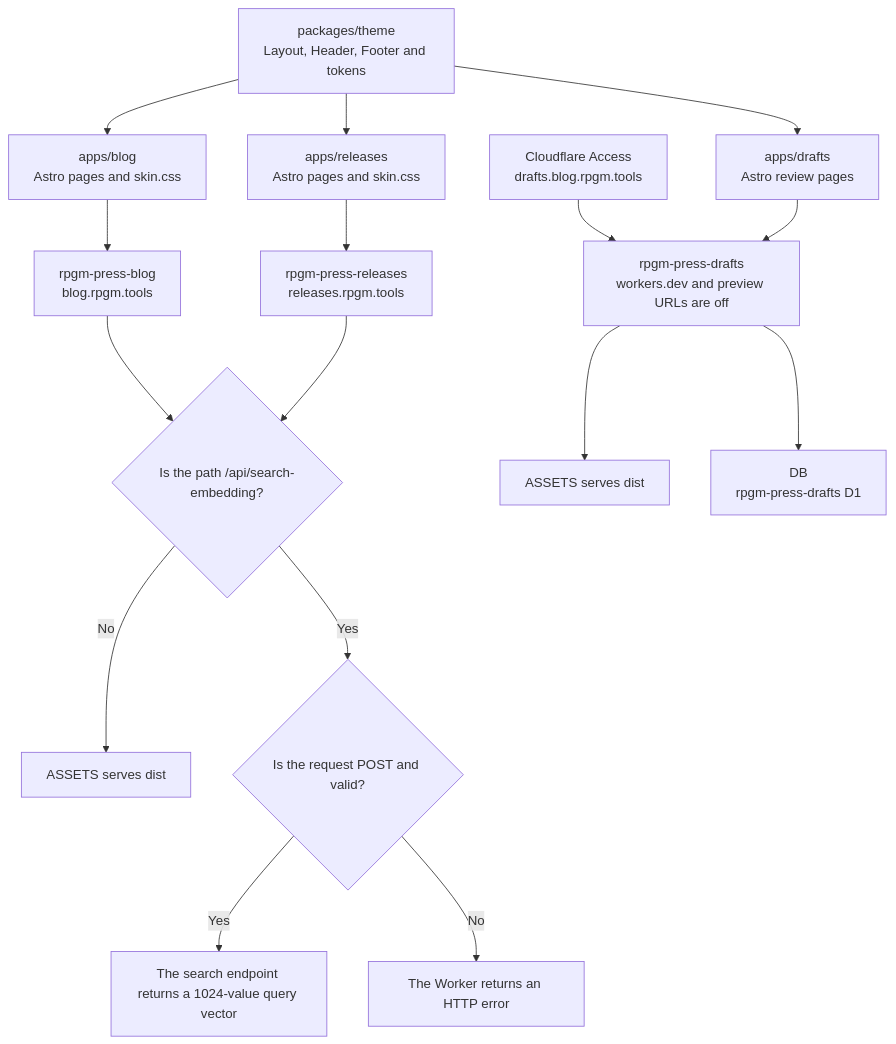
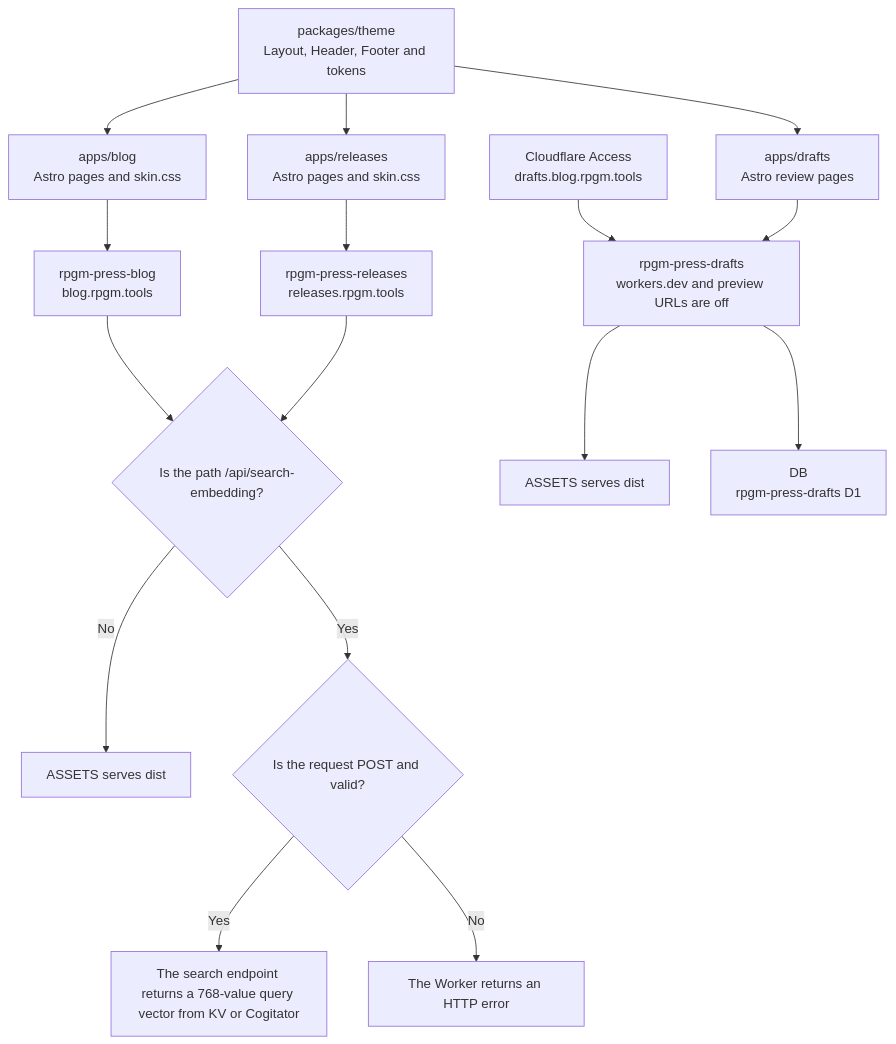
Before and after one commit to RPGM-Tools/rpgm-tools-press: the fourth of 5 diagrams in README.md, drawn with Mermaid. The commit also changed other lines of this file and 8 other files, not shown here.

````diff
--- a/README.md
+++ b/README.md
@@ -172,18 +170,18 @@
 ```mermaid
 flowchart TD
   T["packages/theme<br/>Layout, Header, Footer and tokens"] --> B["apps/blog<br/>Astro pages and skin.css"]
   T --> R["apps/releases<br/>Astro pages and skin.css"]
   T --> D["apps/drafts<br/>Astro review pages"]
   B --> BW["rpgm-press-blog<br/>blog.rpgm.tools"]
   R --> RW["rpgm-press-releases<br/>releases.rpgm.tools"]
   BW --> S{"Is the path /api/search-embedding?"}
   RW --> S
   S -->|"No"| A["ASSETS serves dist"]
   S -->|"Yes"| P{"Is the request POST and valid?"}
-  P -->|"Yes"| E["The search endpoint returns a 1024-value query vector"]
+  P -->|"Yes"| E["The search endpoint returns a 768-value query vector from KV or Cogitator"]
   P -->|"No"| X["The Worker returns an HTTP error"]
   C["Cloudflare Access<br/>drafts.blog.rpgm.tools"] --> DW["rpgm-press-drafts<br/>workers.dev and preview URLs are off"]
   D --> DW
   DW --> DA["ASSETS serves dist"]
   DW --> DB["DB<br/>rpgm-press-drafts D1"]
 ```
````
